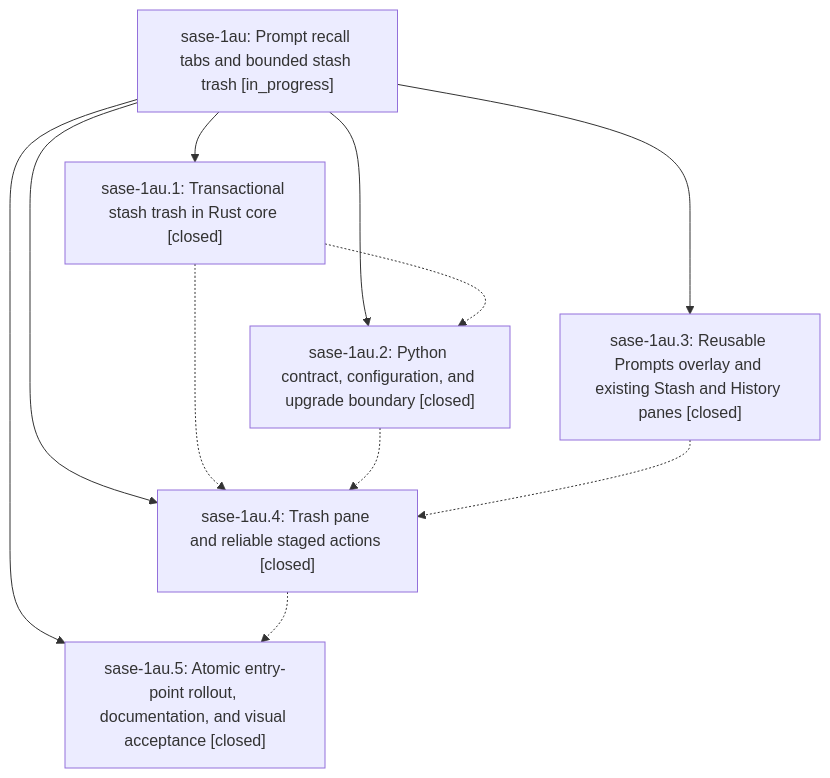
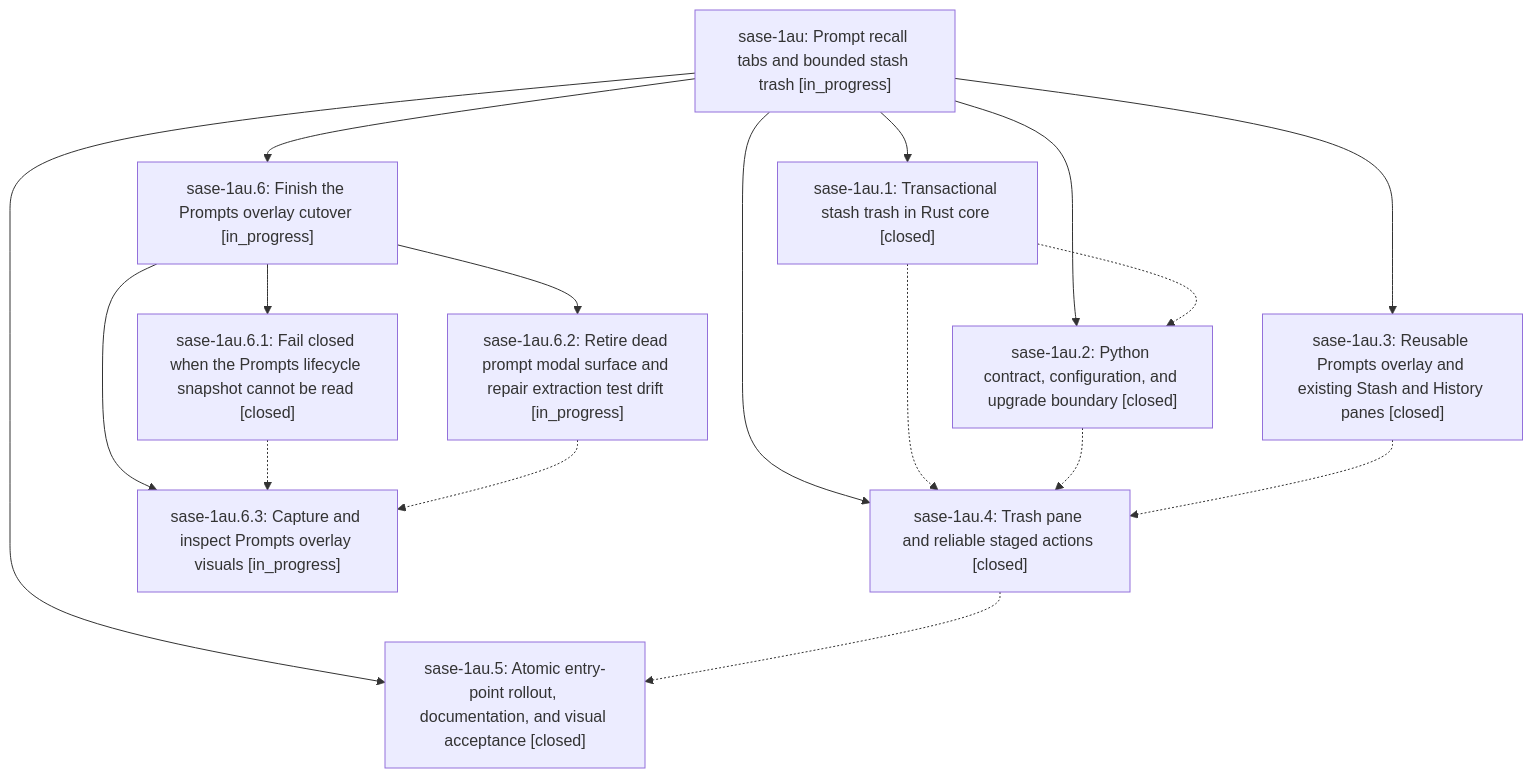
One commit to sase-org/sase--beads changed the diagram in pages/sase-1au/README.md. Above: the diagram before and after it, drawn with Mermaid. The commit also changed other lines of this file and 4 other files, not shown here.

````diff
--- a/pages/sase-1au/README.md
+++ b/pages/sase-1au/README.md
@@ -40,19 +44,29 @@
 ```mermaid
 flowchart TD
     n0["sase-1au: Prompt recall tabs and bounded stash trash [in_progress]"]
     n1["sase-1au.1: Transactional stash trash in Rust core [closed]"]
     n2["sase-1au.2: Python contract, configuration, and upgrade boundary [closed]"]
     n3["sase-1au.3: Reusable Prompts overlay and existing Stash and History panes [closed]"]
     n4["sase-1au.4: Trash pane and reliable staged actions [closed]"]
     n5["sase-1au.5: Atomic entry-point rollout, documentation, and visual acceptance [closed]"]
+    n6["sase-1au.6: Finish the Prompts overlay cutover [in_progress]"]
+    n7["sase-1au.6.1: Fail closed when the Prompts lifecycle snapshot cannot be read [closed]"]
+    n8["sase-1au.6.2: Retire dead prompt modal surface and repair extraction test drift [in_progress]"]
+    n9["sase-1au.6.3: Capture and inspect Prompts overlay visuals [in_progress]"]
     n0 --> n1
     n0 --> n2
     n0 --> n3
     n0 --> n4
     n0 --> n5
+    n0 --> n6
+    n6 --> n7
+    n6 --> n8
+    n6 --> n9
     n1 -.-> n2
     n1 -.-> n4
     n2 -.-> n4
     n3 -.-> n4
     n4 -.-> n5
+    n7 -.-> n9
+    n8 -.-> n9
 ```
````
